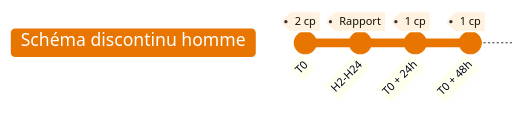
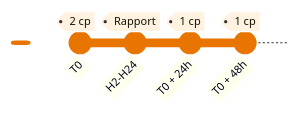
Before and after one commit to djibe/recommandations-medicales: the third of 3 diagrams in content/recommandations/prophylaxie-preexposition-prep.md, drawn with Mermaid. The commit also changed other lines of this file and 7 other files, not shown here.

```diff
--- a/content/recommandations/prophylaxie-preexposition-prep.md
+++ b/content/recommandations/prophylaxie-preexposition-prep.md
@@ -301,8 +302,8 @@
-{{< mermaid title="Utilisation de la PrEP en schéma discontinu (hors AMM et hors VHB actif). Dr JB Fron d'après HAS 2021" >}}
-%%{init: { 'gitGraph': { 'mainBranchName': 'Schéma discontinu homme' }, 'themeVariables': { 'git0' : '#e87500', 'tagLabelBackground': '#FFF2E1', 'tagLabelBorder': '#fff' }}}%%
+{{< mermaid title="Utilisation de la PrEP en schéma discontinu (homme uniquement, hors AMM et hors VHB actif). Dr JB Fron d'après HAS 2021" >}}
+%%{init: { 'gitGraph': { 'mainBranchName': '' }, 'themeVariables': { 'git0' : '#e87500', 'tagLabelBackground': '#FFF2E1', 'tagLabelBorder': '#fff' }}}%%
 gitGraph
   commit id: "T0" tag: "2 cp"
   commit id: "H2-H24" tag: "Rapport"
   commit id: "T0 + 24h" tag: "1 cp"
   commit id: "T0 + 48h" tag: "1 cp"
 {{< /mermaid >}}
```
